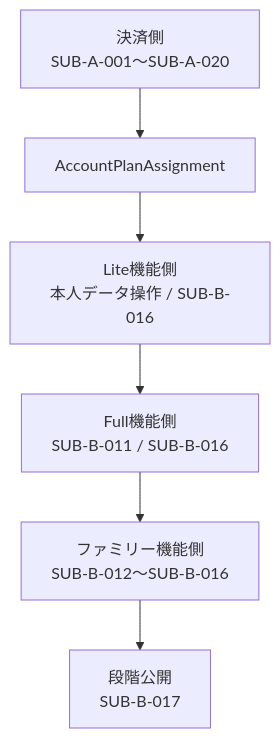
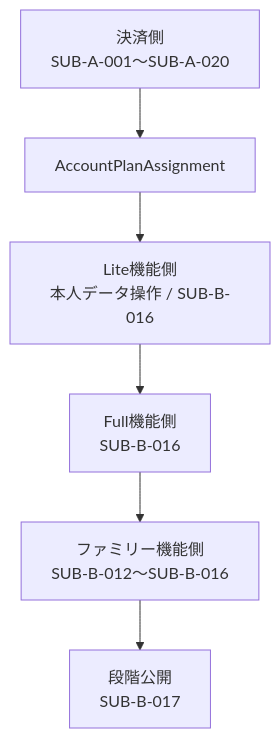
One commit to kkyosuke/me-builder changed the third of 3 diagrams in docs/development/subscription-remaining-tasks.md. Above: the diagram before and after it, drawn with Mermaid. The commit also changed other lines of this file and 30 other files, not shown here.

````diff
--- a/docs/development/subscription-remaining-tasks.md
+++ b/docs/development/subscription-remaining-tasks.md
@@ -99,8 +99,8 @@
 ```mermaid
 flowchart TD
     A[決済側<br/>SUB-A-001〜SUB-A-020] --> I[AccountPlanAssignment]
     I --> L[Lite機能側<br/>本人データ操作 / SUB-B-016]
-    L --> U[Full機能側<br/>SUB-B-011 / SUB-B-016]
+    L --> U[Full機能側<br/>SUB-B-016]
     U --> F[ファミリー機能側<br/>SUB-B-012〜SUB-B-016]
     F --> R[段階公開<br/>SUB-B-017]
 ```
````
